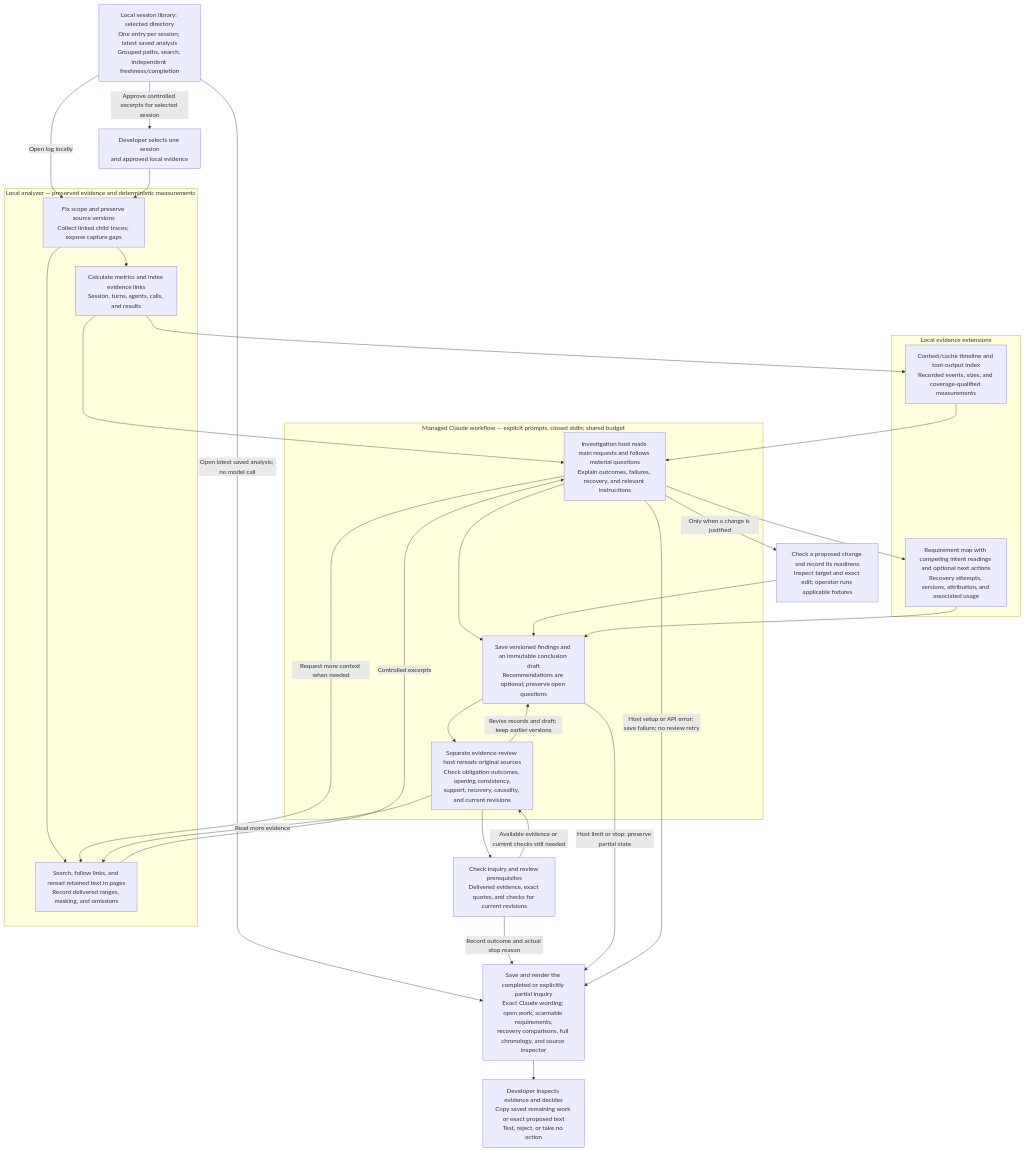
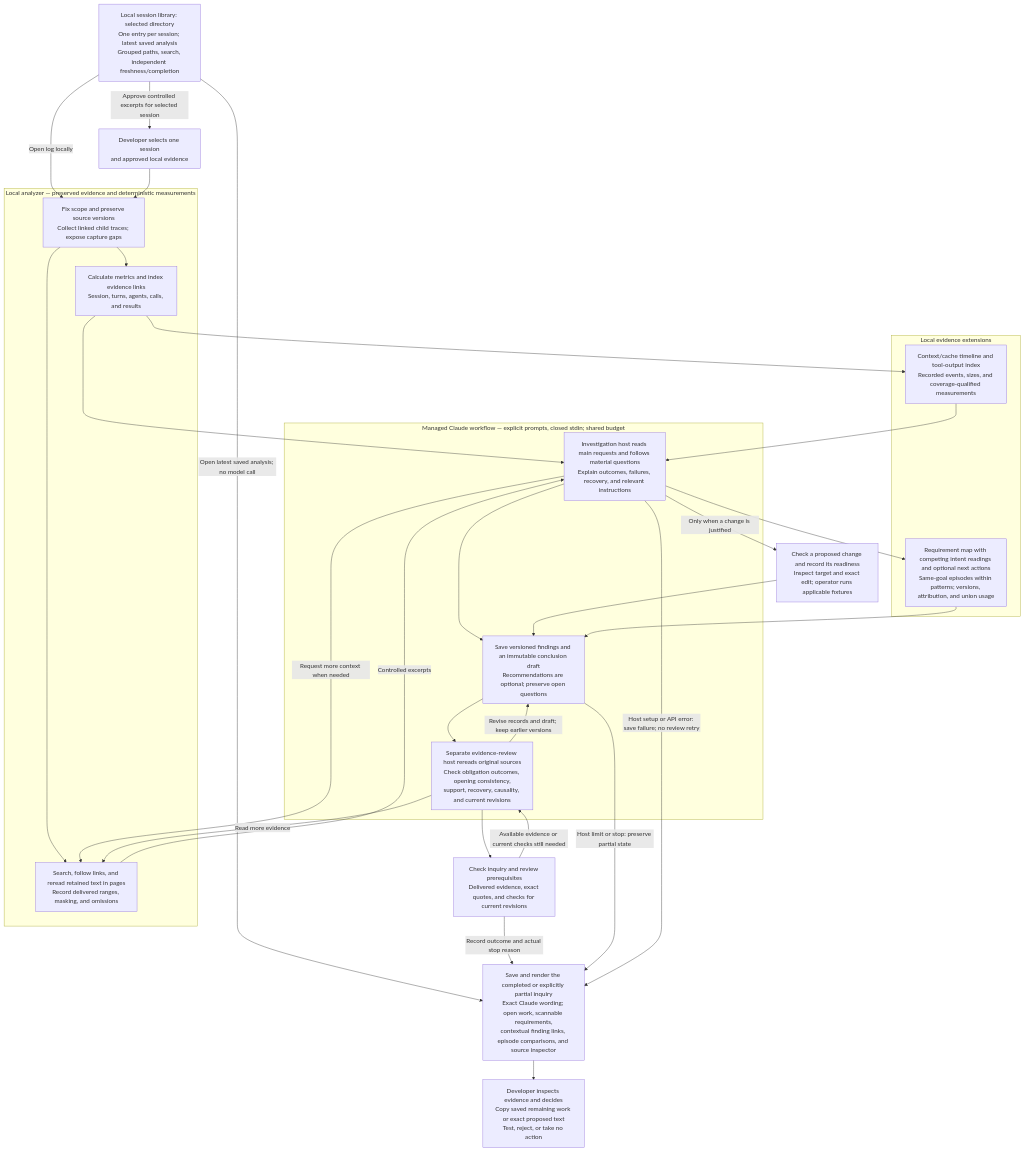
The diagram in docs/session-analyzer-system.mmd (Dhravidk/session-analyzer), drawn with Mermaid before and after one commit. The commit also changed 13 other files, not shown here.

```diff
--- a/docs/session-analyzer-system.mmd
+++ b/docs/session-analyzer-system.mmd
@@ -1,51 +1,51 @@
 flowchart TB
     U["Developer selects one session<br/>and approved local evidence"]
 
     subgraph LOCAL["Local analyzer — preserved evidence and deterministic measurements"]
         S["Fix scope and preserve source versions<br/>Collect linked child traces; expose capture gaps"]
         M["Calculate metrics and index evidence links<br/>Session, turns, agents, calls, and results"]
         R["Search, follow links, and reread retained text in pages<br/>Record delivered ranges, masking, and omissions"]
     end
 
     subgraph CLAUDE["Managed Claude workflow — explicit prompts, closed stdin; shared budget"]
         I["Investigation host reads main requests and follows material questions<br/>Explain outcomes, failures, recovery, and relevant instructions"]
         D["Save versioned findings and an immutable conclusion draft<br/>Recommendations are optional; preserve open questions"]
         J["Separate evidence-review host rereads original sources<br/>Check obligation outcomes, opening consistency,<br/>support, recovery, causality, and current revisions"]
     end
 
     subgraph EVIDENCE["Local evidence extensions"]
         X["Context/cache timeline and tool-output index<br/>Recorded events, sizes, and coverage-qualified measurements"]
-        T["Requirement map with competing intent readings and optional next actions<br/>Recovery attempts, versions, attribution, and associated usage"]
+        T["Requirement map with competing intent readings and optional next actions<br/>Same-goal episodes within patterns; versions, attribution, and union usage"]
     end
 
     V["Check a proposed change and record its readiness<br/>Inspect target and exact edit; operator runs applicable fixtures"]
     C["Check inquiry and review prerequisites<br/>Delivered evidence, exact quotes, and checks for current revisions"]
-    F["Save and render the completed or explicitly partial inquiry<br/>Exact Claude wording; open work, scannable requirements,<br/>recovery comparisons, full chronology, and source inspector"]
+    F["Save and render the completed or explicitly partial inquiry<br/>Exact Claude wording; open work, scannable requirements,<br/>contextual finding links, episode comparisons, and source inspector"]
     H["Developer inspects evidence and decides<br/>Copy saved remaining work or exact proposed text<br/>Test, reject, or take no action"]
 
     B["Local session library: selected directory<br/>One entry per session; latest saved analysis<br/>Grouped paths, search, independent freshness/completion"]
     B -->|"Open log locally"| S
     B -->|"Open latest saved analysis; no model call"| F
     B -->|"Approve controlled excerpts for selected session"| U
     U --> S
     S --> M
     S --> R
     M --> I
     R -->|"Controlled excerpts"| I
     I -->|"Request more context when needed"| R
     I --> D
     I -->|"Only when a change is justified"| V
     V --> D
     D --> J
     J -->|"Read more evidence"| R
     J -->|"Revise records and draft; keep earlier versions"| D
     J --> C
     C -->|"Available evidence or current checks still needed"| J
     C -->|"Record outcome and actual stop reason"| F
     D -->|"Host limit or stop: preserve partial state"| F
     I -->|"Host setup or API error: save failure; no review retry"| F
     F --> H
     M --> X
     X --> I
     I --> T
     T --> D
```
